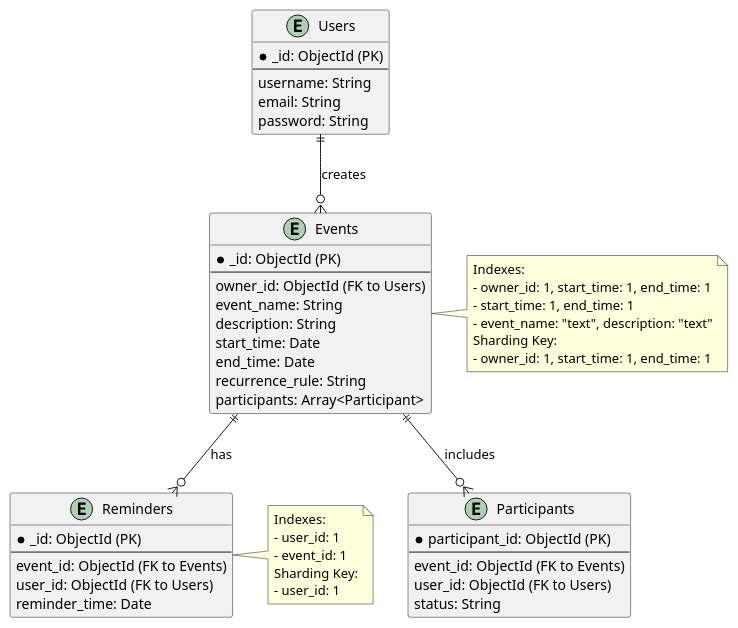
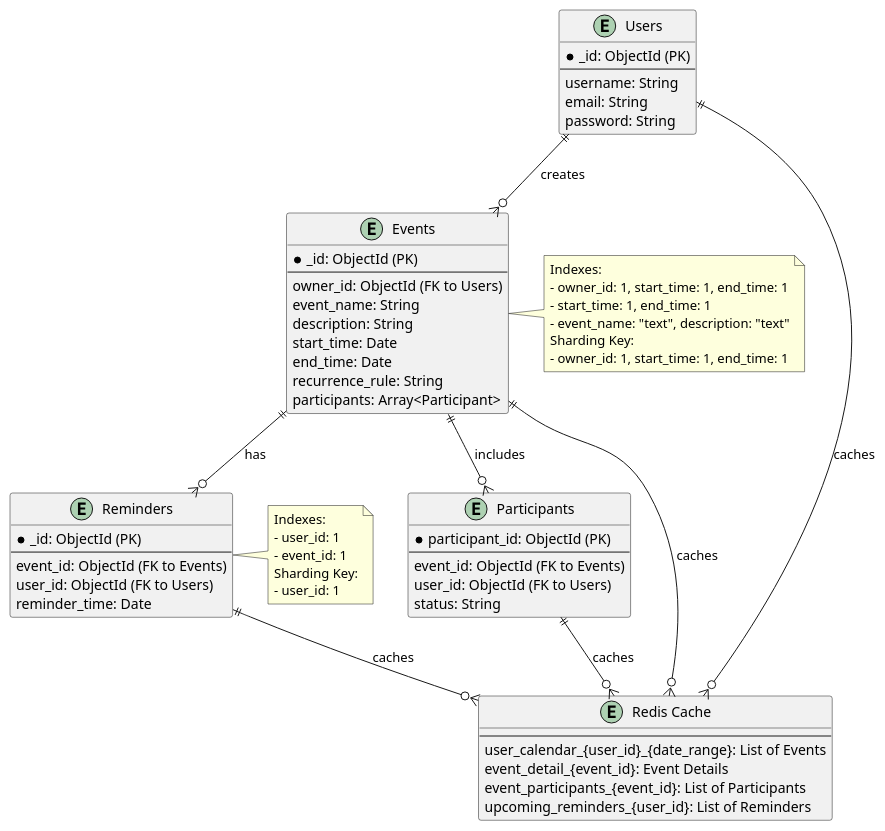
The diagram in high_traffic_calendar/high_traffic_calendar_mongodb_design.puml (huangyingw/system_design), drawn with PlantUML before and after one commit.

```diff
--- a/high_traffic_calendar/high_traffic_calendar_mongodb_design.puml
+++ b/high_traffic_calendar/high_traffic_calendar_mongodb_design.puml
@@ -1,60 +1,72 @@
 @startuml
 
 entity "Users" as U {
   *_id: ObjectId (PK)
   --
   username: String
   email: String
   password: String
 }
 
 entity "Events" as E {
   *_id: ObjectId (PK)
   --
   owner_id: ObjectId (FK to Users)
   event_name: String
   description: String
   start_time: Date
   end_time: Date
   recurrence_rule: String
   participants: Array<Participant>
 }
 
 entity "Participants" as P {
   *participant_id: ObjectId (PK)
   --
   event_id: ObjectId (FK to Events)
   user_id: ObjectId (FK to Users)
   status: String
 }
 
 entity "Reminders" as R {
   *_id: ObjectId (PK)
   --
   event_id: ObjectId (FK to Events)
   user_id: ObjectId (FK to Users)
   reminder_time: Date
 }
 
+entity "Redis Cache" as C {
+  --
+  user_calendar_{user_id}_{date_range}: List of Events
+  event_detail_{event_id}: Event Details
+  event_participants_{event_id}: List of Participants
+  upcoming_reminders_{user_id}: List of Reminders
+}
+
 note right of E
   Indexes:
   - owner_id: 1, start_time: 1, end_time: 1
   - start_time: 1, end_time: 1
   - event_name: "text", description: "text"
   Sharding Key:
   - owner_id: 1, start_time: 1, end_time: 1
 end note
 
 note right of R
     Indexes:
     - user_id: 1
     - event_id: 1
     Sharding Key:
     - user_id: 1
   end note
 
 U ||--o{ E : creates
 E ||--o{ P : includes
 E ||--o{ R : has
+U ||--o{ C : caches
+E ||--o{ C : caches
+P ||--o{ C : caches
+R ||--o{ C : caches
 
 @enduml
```
